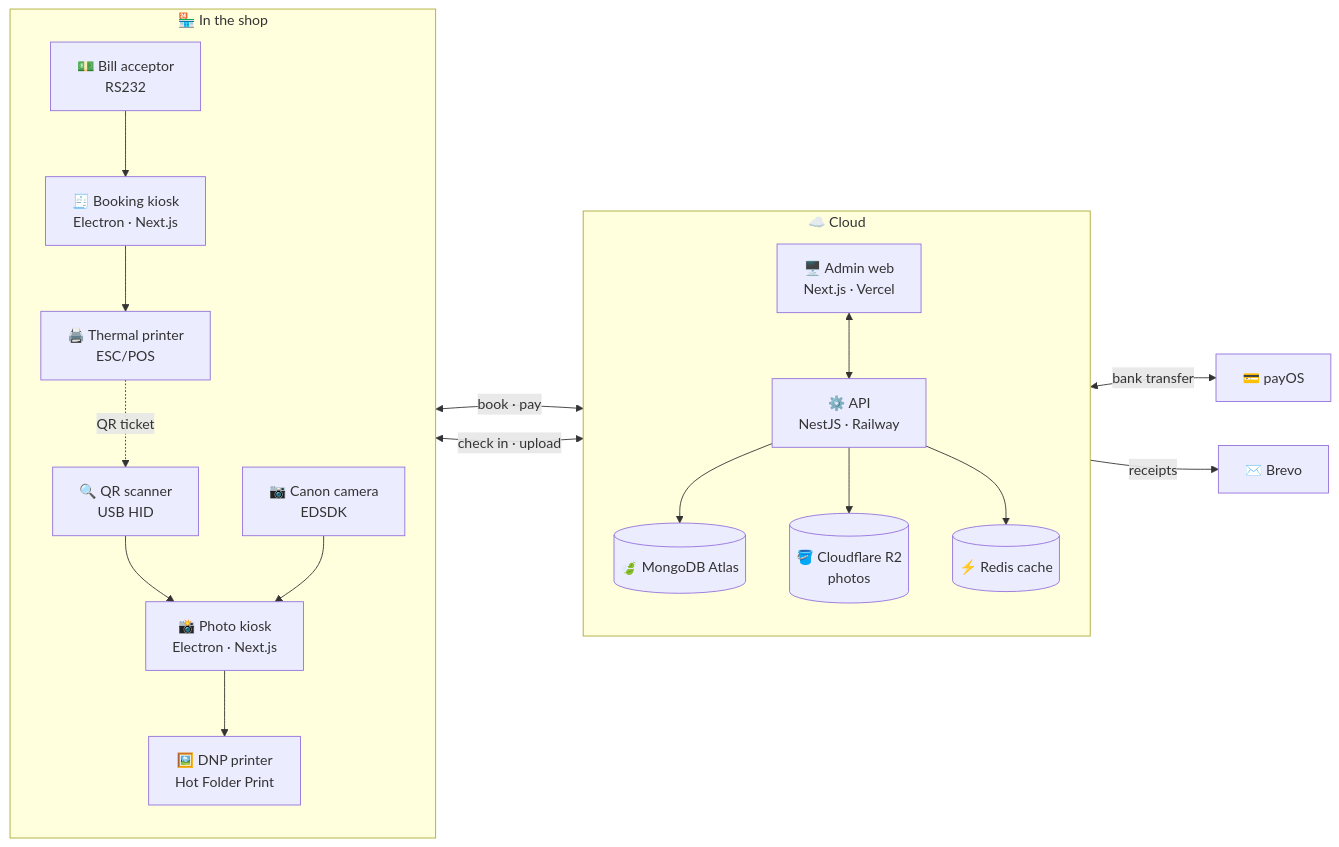
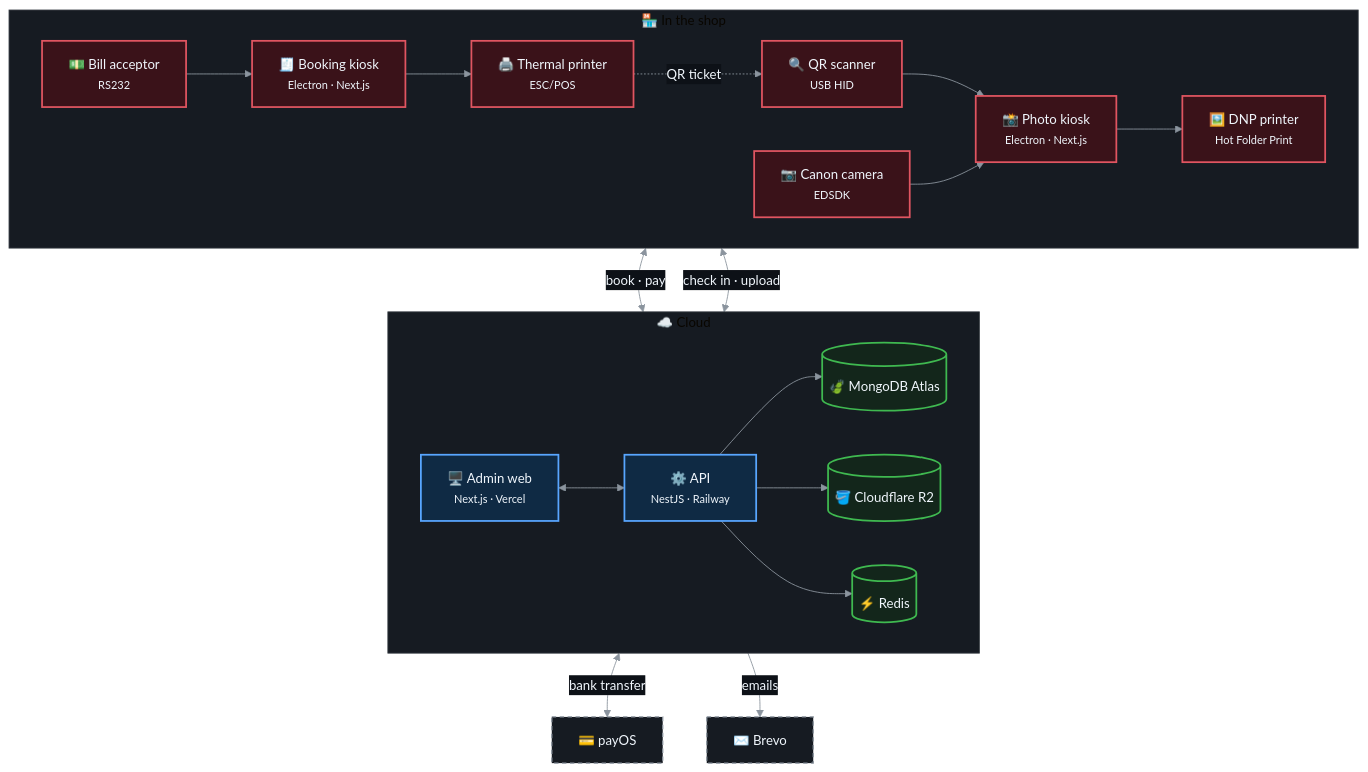
The diagram in README.md (Hoangtri20003/Hoangtri20003), drawn with Mermaid before and after one commit. The commit also changed other lines of this file and 1 other file, not shown here.

Commit message:
Profile README: wave banner, icon stack, coloured Livi diagram, snake

````diff
--- a/README.md
+++ b/README.md
@@ -75,24 +59,33 @@
 ```mermaid
-flowchart LR
+%%{init: {'theme':'base','themeVariables':{'fontFamily':'ui-sans-serif, system-ui','fontSize':'15px','lineColor':'#8B949E','primaryTextColor':'#F0F6FC','clusterBkg':'#161B22','clusterBorder':'#30363D','edgeLabelBackground':'#0D1117'}}}%%
+flowchart TB
   subgraph Shop["🏪 In the shop"]
-    direction TB
-    CASH["💵 Bill acceptor<br/>RS232"] --> BK["🧾 Booking kiosk<br/>Electron · Next.js"]
-    BK --> TP["🖨️ Thermal printer<br/>ESC/POS"]
-    TP -. "QR ticket" .-> QR["🔍 QR scanner<br/>USB HID"]
-    QR --> PK["📸 Photo kiosk<br/>Electron · Next.js"]
-    CAM["📷 Canon camera<br/>EDSDK"] --> PK
-    PK --> DNP["🖼️ DNP printer<br/>Hot Folder Print"]
+    direction LR
+    CASH["💵 Bill acceptor<br/><small>RS232</small>"] --> BK["🧾 Booking kiosk<br/><small>Electron · Next.js</small>"]
+    BK --> TP["🖨️ Thermal printer<br/><small>ESC/POS</small>"]
+    TP -. "QR ticket" .-> QR["🔍 QR scanner<br/><small>USB HID</small>"]
+    QR --> PK["📸 Photo kiosk<br/><small>Electron · Next.js</small>"]
+    CAM["📷 Canon camera<br/><small>EDSDK</small>"] --> PK
+    PK --> DNP["🖼️ DNP printer<br/><small>Hot Folder Print</small>"]
   end
   subgraph Cloud["☁️ Cloud"]
-    direction TB
-    API["⚙️ API<br/>NestJS · Railway"]
-    ADMIN["🖥️ Admin web<br/>Next.js · Vercel"] <--> API
+    direction LR
+    ADMIN["🖥️ Admin web<br/><small>Next.js · Vercel</small>"] <--> API["⚙️ API<br/><small>NestJS · Railway</small>"]
     API --> DB[("🍃 MongoDB Atlas")]
-    API --> R2[("🪣 Cloudflare R2<br/>photos")]
-    API --> REDIS[("⚡ Redis cache")]
+    API --> R2[("🪣 Cloudflare R2")]
+    API --> REDIS[("⚡ Redis")]
   end
   BK <-->|"book · pay"| API
   PK <-->|"check in · upload"| API
   API <-->|"bank transfer"| PAY["💳 payOS"]
-  API -->|"receipts"| MAIL["✉️ Brevo"]
+  API -->|"emails"| MAIL["✉️ Brevo"]
+
+  classDef shop fill:#3A1219,stroke:#E05561,stroke-width:2px,color:#F0F6FC;
+  classDef cloud fill:#0F2A44,stroke:#58A6FF,stroke-width:2px,color:#F0F6FC;
+  classDef store fill:#13261B,stroke:#3FB950,stroke-width:2px,color:#F0F6FC;
+  classDef ext fill:#161B22,stroke:#8B949E,stroke-width:1.5px,stroke-dasharray:5 4,color:#F0F6FC;
+  class CASH,BK,TP,QR,PK,CAM,DNP shop;
+  class ADMIN,API cloud;
+  class DB,R2,REDIS store;
+  class PAY,MAIL ext;
 ```
````
